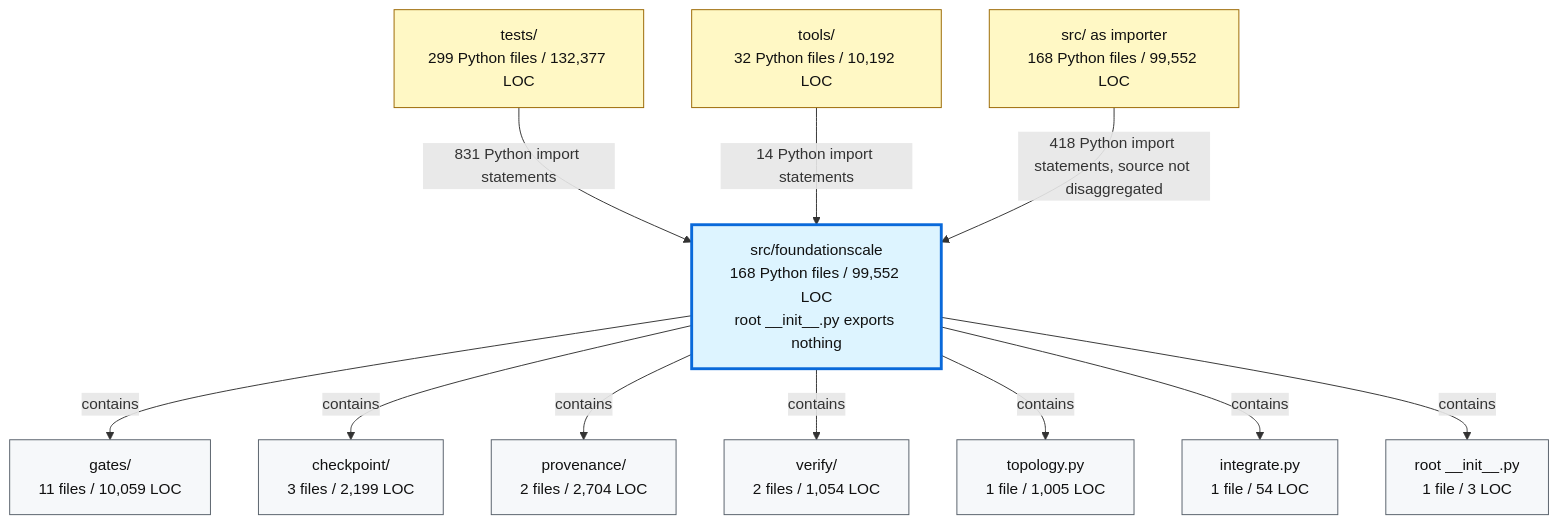
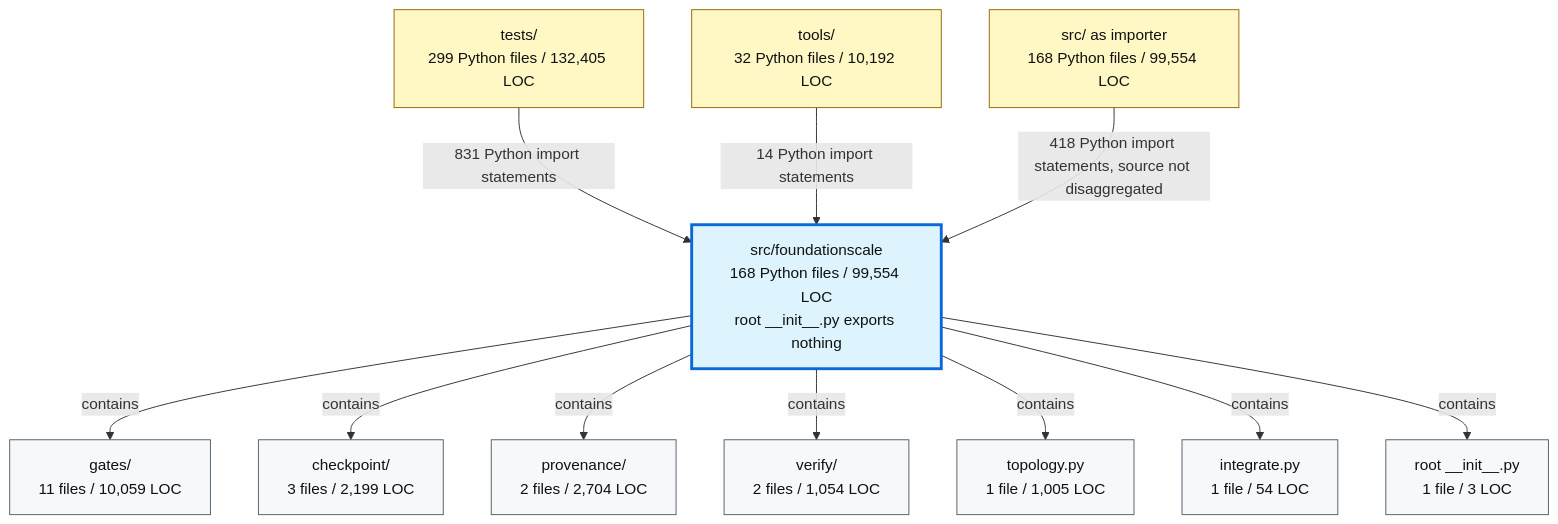
One commit to TranNhiem/FoundationScale changed the second of 2 diagrams in docs/review/D2_current_architecture.md. Above: the diagram before and after it, drawn with Mermaid. The commit also changed other lines of this file and 10 other files, not shown here.

````diff
--- a/docs/review/D2_current_architecture.md
+++ b/docs/review/D2_current_architecture.md
@@ -97,36 +97,36 @@
 ```mermaid
 flowchart TB
-  TESTS["tests/<br/>299 Python files / 132,377 LOC"]
+  TESTS["tests/<br/>299 Python files / 132,405 LOC"]
   TOOLS["tools/<br/>32 Python files / 10,192 LOC"]
-  SRC["src/ as importer<br/>168 Python files / 99,552 LOC"]
+  SRC["src/ as importer<br/>168 Python files / 99,554 LOC"]
 
-  FS["src/foundationscale<br/>168 Python files / 99,552 LOC<br/>root __init__.py exports nothing"]
+  FS["src/foundationscale<br/>168 Python files / 99,554 LOC<br/>root __init__.py exports nothing"]
 
   GATES["gates/<br/>11 files / 10,059 LOC"]
   CKPT["checkpoint/<br/>3 files / 2,199 LOC"]
   PROV["provenance/<br/>2 files / 2,704 LOC"]
   VERIFY["verify/<br/>2 files / 1,054 LOC"]
   TOPO["topology.py<br/>1 file / 1,005 LOC"]
   INTEG["integrate.py<br/>1 file / 54 LOC"]
   ROOT["root __init__.py<br/>1 file / 3 LOC"]
 
   TESTS -->|"831 Python import statements"| FS
   TOOLS -->|"14 Python import statements"| FS
   SRC -->|"418 Python import statements, source not disaggregated"| FS
 
   FS -->|"contains"| GATES
   FS -->|"contains"| CKPT
   FS -->|"contains"| PROV
   FS -->|"contains"| VERIFY
   FS -->|"contains"| TOPO
   FS -->|"contains"| INTEG
   FS -->|"contains"| ROOT
 
   classDef consumer fill:#fff8c5,stroke:#9a6700,color:#111;
   classDef package fill:#ddf4ff,stroke:#0969da,stroke-width:3px,color:#111;
   classDef module fill:#f6f8fa,stroke:#57606a,color:#111;
 
   class TESTS,TOOLS,SRC consumer;
   class FS package;
   class GATES,CKPT,PROV,VERIFY,TOPO,INTEG,ROOT module;
 ```
````
